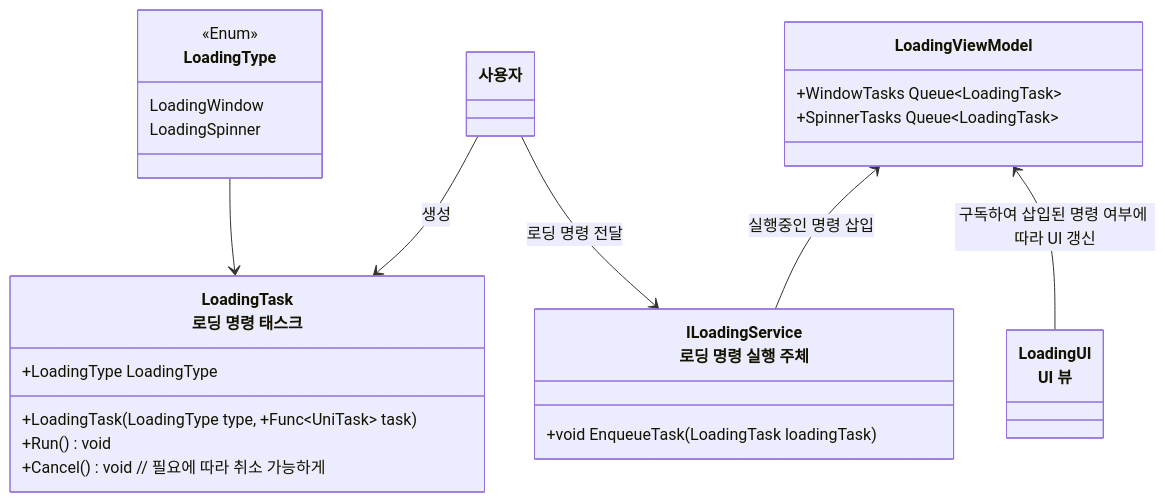
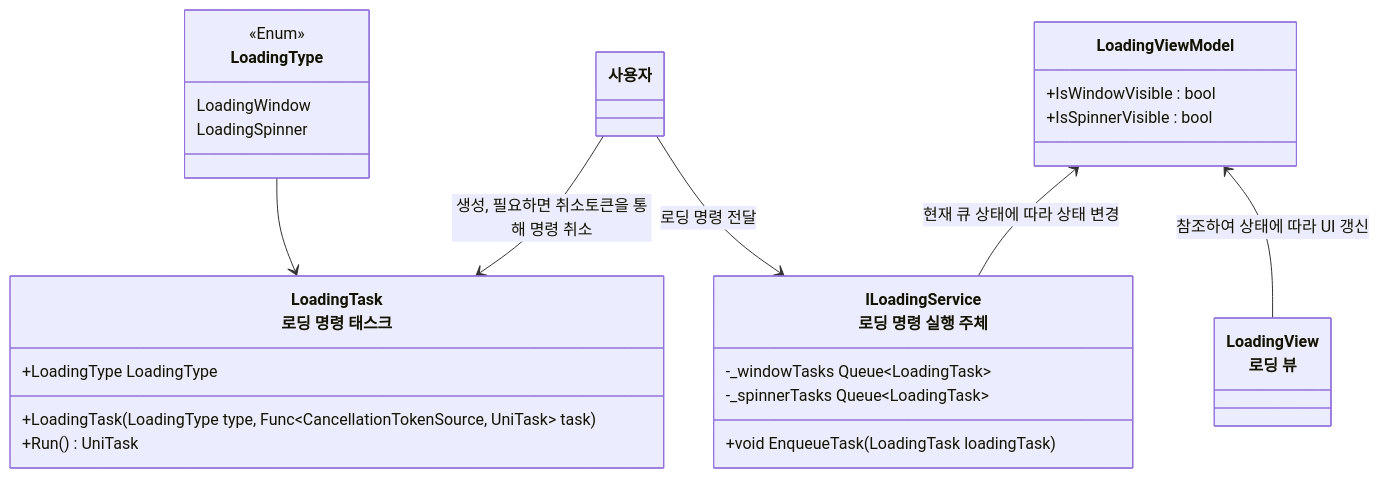
The diagram in README/로딩시스템_설계.md (JIN5EOK/DungeonShooter), drawn with Mermaid before and after one commit. The commit also changed other lines of this file and 35 other files, not shown here.

````diff
--- a/README/로딩시스템_설계.md
+++ b/README/로딩시스템_설계.md
@@ -8,40 +8,41 @@
 ```mermaid
 classDiagram
     class LoadingType{
         <<Enum>>
         LoadingWindow
         LoadingSpinner
     }
     
     class LoadingTask["LoadingTask<br>로딩 명령 태스크"]{
         +LoadingType LoadingType
-        +LoadingTask(LoadingType type, +Func~UniTask~ task)
-        +Run() void
-        +Cancel() void // 필요에 따라 취소 가능하게
+        +LoadingTask(LoadingType type, Func~CancellationTokenSource, UniTask~ task)
+        +Run() UniTask
     }
     
     class ILoadingService["ILoadingService<br>로딩 명령 실행 주체"]{
+        -_windowTasks Queue~LoadingTask~
+        -_spinnerTasks Queue~LoadingTask~
         +void EnqueueTask(LoadingTask loadingTask)
     }
     
     class LoadingViewModel{
-        +WindowTasks Queue~LoadingTask~
-        +SpinnerTasks Queue~LoadingTask~
+        +IsWindowVisible : bool
+        +IsSpinnerVisible : bool
     }
     
-    class LoadingUI["LoadingUI<br>UI 뷰"]{
+    class LoadingView["LoadingView<br>로딩 뷰"]{
         
     }
     
     
     class 사용자{
         
     }
     
     
-    사용자 --> LoadingTask : 생성
-    LoadingViewModel <-- LoadingUI : 구독하여 삽입된 명령 여부에 따라 UI 갱신
-    LoadingViewModel <-- ILoadingService : 실행중인 명령 삽입
+    사용자 --> LoadingTask : 생성, 필요하면 취소토큰을 통해 명령 취소
+    LoadingViewModel <-- LoadingView : 참조하여 상태에 따라 UI 갱신
+    LoadingViewModel <-- ILoadingService : 현재 큐 상태에 따라 상태 변경
     LoadingType --> LoadingTask
     사용자 --> ILoadingService : 로딩 명령 전달
 ```
````
